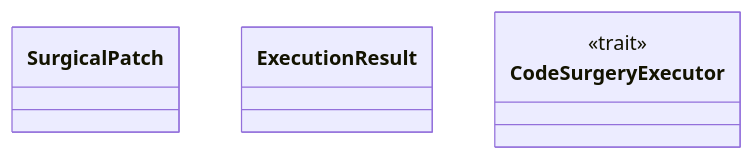
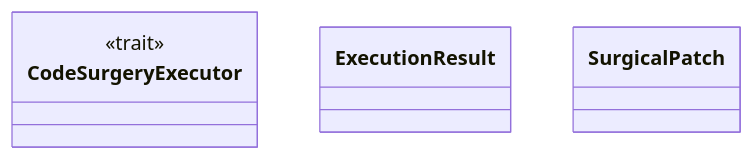
Before and after one commit to lgcorzo/rust_CACD_autonomous_factory: the first of 2 diagrams in openwiki/crates_factory-core_src_executor_rs.md, drawn with Mermaid. The commit also changed other lines of this file and 78 other files, not shown here.

````diff
--- a/openwiki/crates_factory-core_src_executor_rs.md
+++ b/openwiki/crates_factory-core_src_executor_rs.md
@@ -135,12 +135,12 @@
 ```mermaid
 classDiagram
     direction BT
-    class SurgicalPatch {
+    class CodeSurgeryExecutor {
+        <<trait>>
     }
     class ExecutionResult {
     }
-    class CodeSurgeryExecutor {
-        <<trait>>
+    class SurgicalPatch {
     }
 
 ```
````
